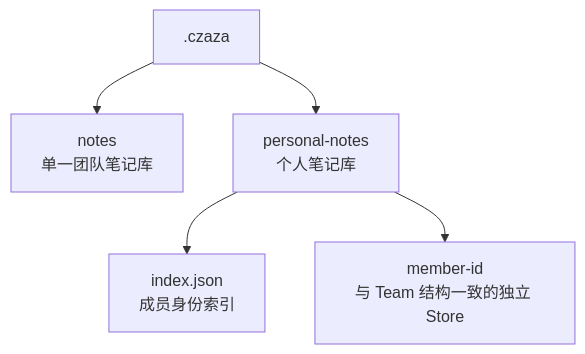
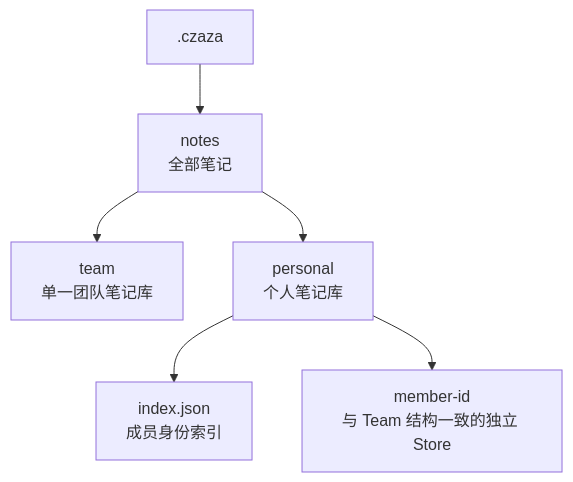
Before and after one commit to Leo7805/czaza: the diagram in .czaza/architecture-notes/diagrams/team-and-personal-notes-storage.md, drawn with Mermaid. The commit also changed other lines of this file and 27 other files, not shown here.

Commit message:
refactor(notes): group team and personal stores under notes

````diff
--- a/.czaza/architecture-notes/diagrams/team-and-personal-notes-storage.md
+++ b/.czaza/architecture-notes/diagrams/team-and-personal-notes-storage.md
@@ -29,7 +30,8 @@
 ```mermaid
 flowchart TD
-    A[.czaza] --> B[notes<br/>单一团队笔记库]
-    A --> C[personal-notes<br/>个人笔记库]
+    A[.czaza] --> N[notes<br/>全部笔记]
+    N --> B[team<br/>单一团队笔记库]
+    N --> C[personal<br/>个人笔记库]
     C --> D[index.json<br/>成员身份索引]
     C --> E[member-id<br/>与 Team 结构一致的独立 Store]
 ```
````
